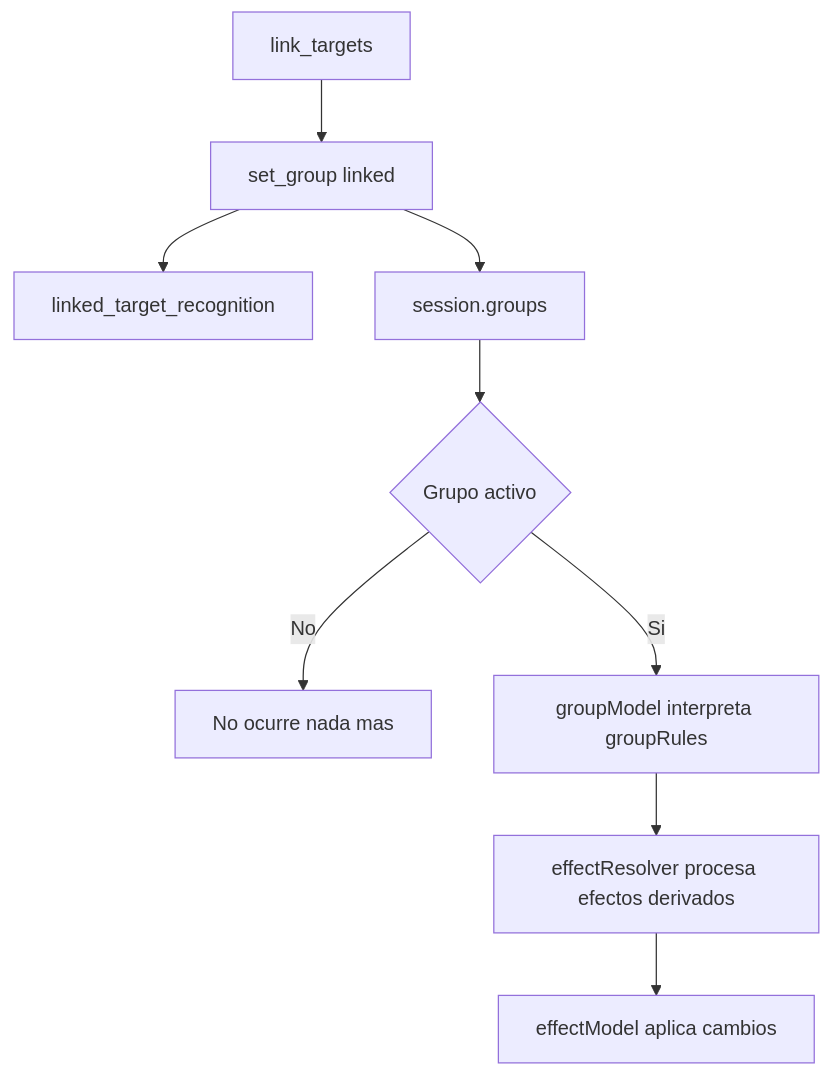
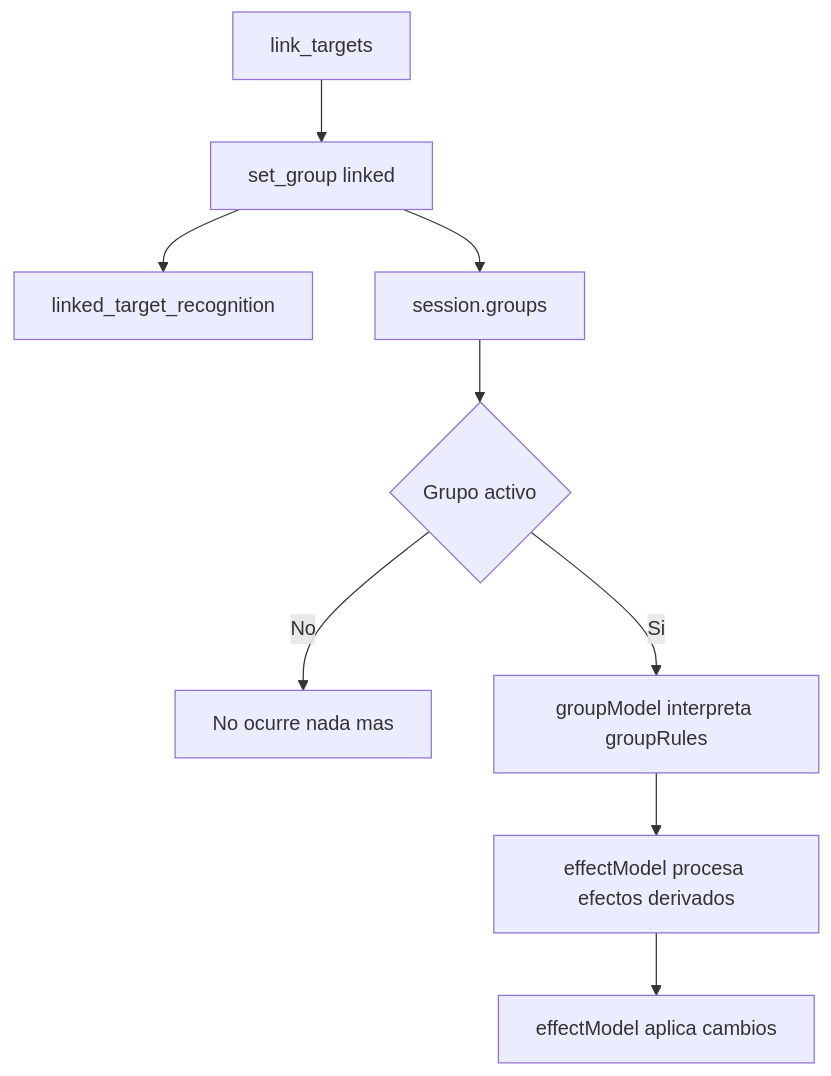
One commit to juanramonmorandeira/castronegro-director changed the ninth of 14 diagrams in docs/engine_flow_map.md. Above: the diagram before and after it, drawn with Mermaid. The commit also changed other lines of this file and 9 other files, not shown here.

Commit message:
Consolidate effect resolution in effect model

````diff
--- a/docs/engine_flow_map.md
+++ b/docs/engine_flow_map.md
@@ -488,11 +488,11 @@
 ```mermaid
 graph TD
   A[link_targets] --> B[set_group linked]
   B --> R[linked_target_recognition]
   B --> C[session.groups]
   C --> D{Grupo activo}
   D -->|No| E[No ocurre nada mas]
   D -->|Si| F[groupModel interpreta groupRules]
-  F --> G[effectResolver procesa efectos derivados]
+  F --> G[effectModel procesa efectos derivados]
   G --> H[effectModel aplica cambios]
 ```
````
